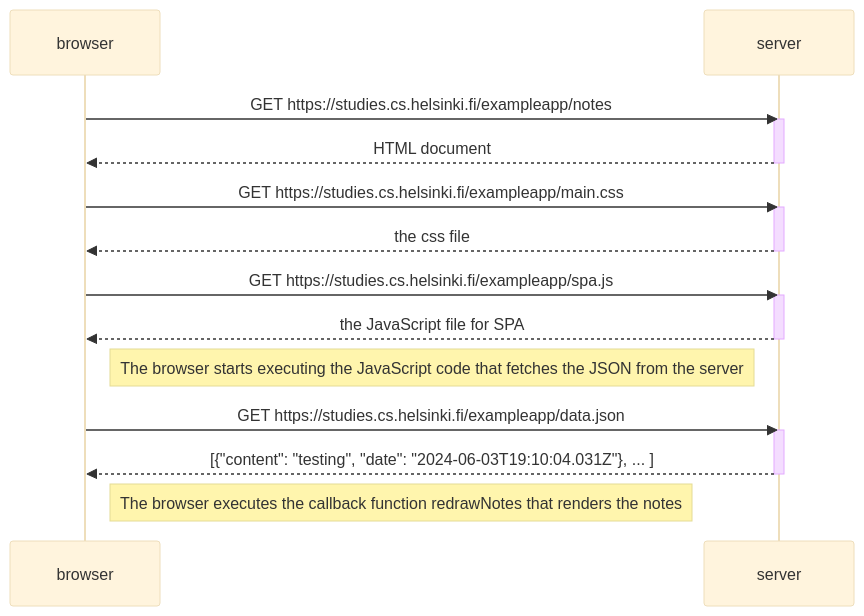
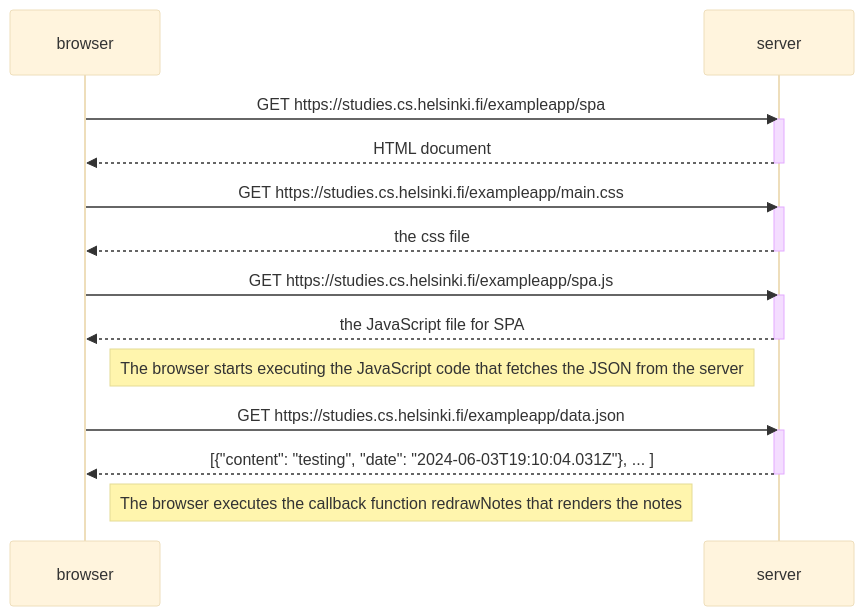
Before and after one commit to shojib116/fullstack-open: the diagram in part0/0.5/spa-workflow.md, drawn with Mermaid (base theme).

Commit message:
fixed GET link

````diff
--- a/part0/0.5/spa-workflow.md
+++ b/part0/0.5/spa-workflow.md
@@ -1,29 +1,29 @@
 ```mermaid
 sequenceDiagram
 participant browser
 participant server
 
-    browser->>server: GET https://studies.cs.helsinki.fi/exampleapp/notes
+    browser->>server: GET https://studies.cs.helsinki.fi/exampleapp/spa
     activate server
     server-->>browser: HTML document
     deactivate server
 
     browser->>server: GET https://studies.cs.helsinki.fi/exampleapp/main.css
     activate server
     server-->>browser: the css file
     deactivate server
 
     browser->>server: GET https://studies.cs.helsinki.fi/exampleapp/spa.js
     activate server
     server-->>browser: the JavaScript file for SPA
     deactivate server
 
     Note right of browser: The browser starts executing the JavaScript code that fetches the JSON from the server
 
     browser->>server: GET https://studies.cs.helsinki.fi/exampleapp/data.json
     activate server
     server-->>browser: [{"content": "testing", "date": "2024-06-03T19:10:04.031Z"}, ... ]
     deactivate server
 
     Note right of browser: The browser executes the callback function redrawNotes that renders the notes
 ```
````
